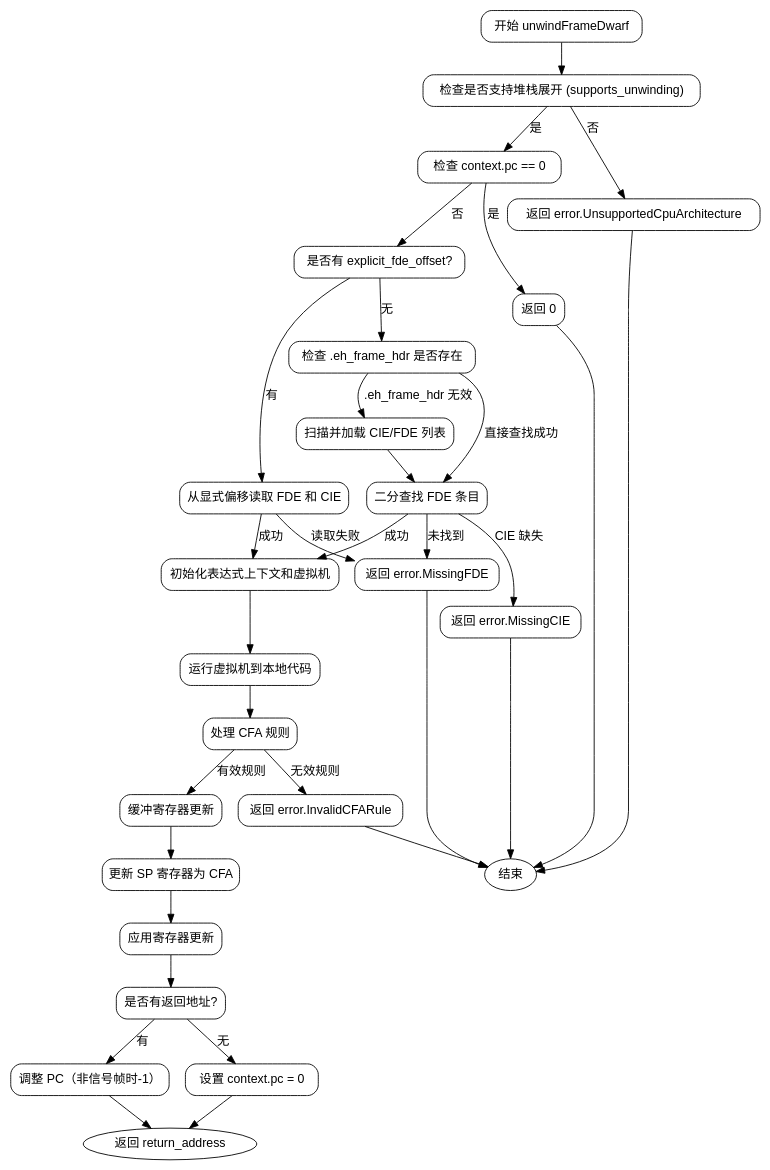
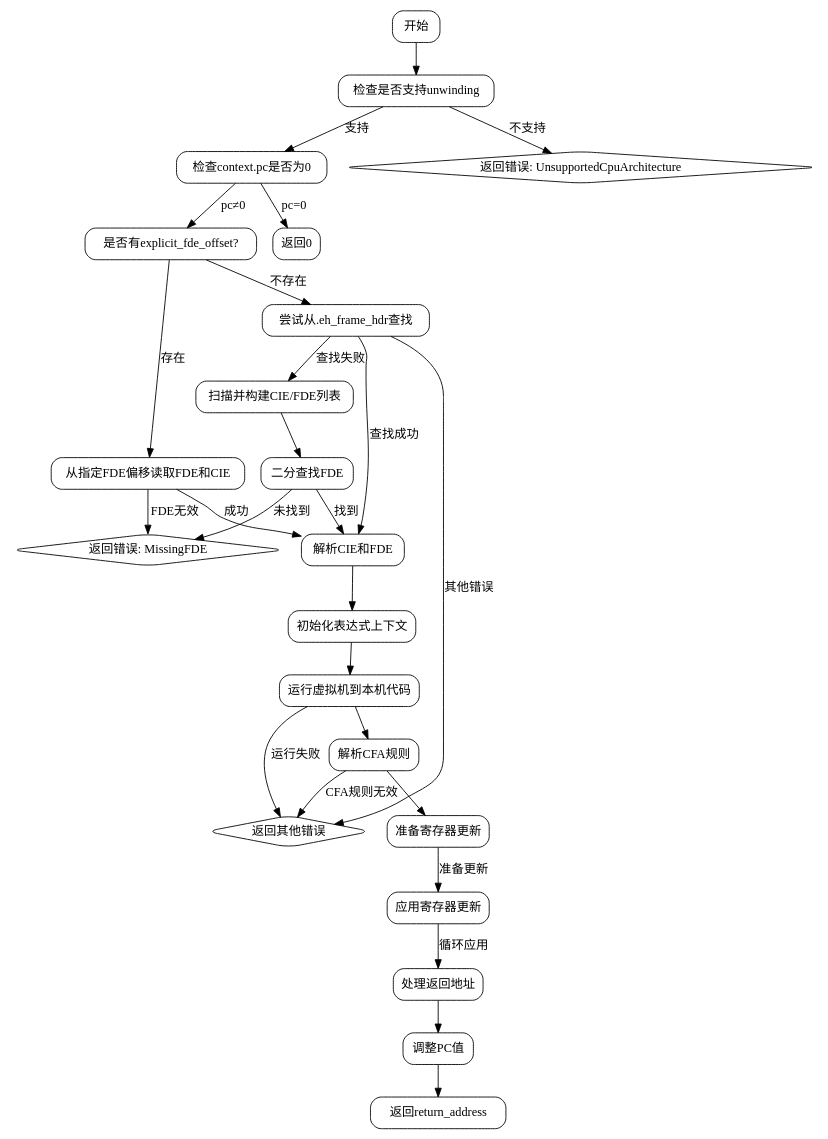
One commit to sdzx-1/deepseek-zig-reader changed the diagram in dot_std/debug/SelfInfo.zig.unwindFrameDwarf.md. Above: the diagram before and after it, drawn with Graphviz. The commit also changed other lines of this file and 236 other files, not shown here.

````diff
--- a/dot_std/debug/SelfInfo.zig.unwindFrameDwarf.md
+++ b/dot_std/debug/SelfInfo.zig.unwindFrameDwarf.md
@@ -27,75 +17,60 @@
 ```dot
-digraph flowchart {
-    node [shape=rectangle, style="rounded", fontname="Helvetica"];
-    edge [fontname="Helvetica"];
+digraph unwindFrameDwarf {
+    node [shape=rectangle, style=rounded];
 
-    start [label="开始 unwindFrameDwarf"];
-    supports_unwinding [label="检查是否支持堆栈展开 (supports_unwinding)"];
-    pc_zero [label="检查 context.pc == 0"];
-    explicit_fde_branch [label="是否有 explicit_fde_offset?"];
-    read_fde_cie_explicit [label="从显式偏移读取 FDE 和 CIE"];
-    eh_frame_hdr_check [label="检查 .eh_frame_hdr 是否存在"];
-    scan_cie_fde [label="扫描并加载 CIE/FDE 列表"];
-    binary_search_fde [label="二分查找 FDE 条目"];
-    init_context [label="初始化表达式上下文和虚拟机"];
-    run_vm [label="运行虚拟机到本地代码"];
-    handle_cfa_rule [label="处理 CFA 规则"];
-    update_registers [label="缓冲寄存器更新"];
-    update_sp [label="更新 SP 寄存器为 CFA"];
-    apply_updates [label="应用寄存器更新"];
-    check_return_address [label="是否有返回地址?"];
-    adjust_pc [label="调整 PC（非信号帧时-1）"];
-    return_result [label="返回 return_address"];
-    error_unsupported [label="返回 error.UnsupportedCpuArchitecture"];
-    return_zero [label="返回 0"];
-    error_missing_fde [label="返回 error.MissingFDE"];
-    error_cie [label="返回 error.MissingCIE"];
-    error_cfa_rule [label="返回 error.InvalidCFARule"];
+    start [label="开始"];
+    check_unwind [label="检查是否支持unwinding"];
+    check_pc [label="检查context.pc是否为0"];
+    explicit_fde [label="是否有explicit_fde_offset?"];
+    read_fde_cie [label="从指定FDE偏移读取FDE和CIE"];
+    eh_frame_hdr [label="尝试从.eh_frame_hdr查找"];
+    scan_cie_fde [label="扫描并构建CIE/FDE列表"];
+    binary_search [label="二分查找FDE"];
+    parse_cie_fde [label="解析CIE和FDE"];
+    setup_expr [label="初始化表达式上下文"];
+    run_vm [label="运行虚拟机到本机代码"];
+    resolve_cfa [label="解析CFA规则"];
+    update_registers [label="准备寄存器更新"];
+    copy_updates [label="应用寄存器更新"];
+    handle_return [label="处理返回地址"];
+    adjust_pc [label="调整PC值"];
+    return_ra [label="返回return_address"];
 
-    start -> supports_unwinding;
-    supports_unwinding -> error_unsupported [label="否"];
-    supports_unwinding -> pc_zero [label="是"];
-    pc_zero -> return_zero [label="是"];
-    pc_zero -> explicit_fde_branch [label="否"];
+    error_unsupported [label="返回错误: UnsupportedCpuArchitecture", shape=diamond];
+    error_missing_fde [label="返回错误: MissingFDE", shape=diamond];
+    error_other [label="返回其他错误", shape=diamond];
+    return_zero [label="返回0"];
 
-    explicit_fde_branch -> read_fde_cie_explicit [label="有"];
-    explicit_fde_branch -> eh_frame_hdr_check [label="无"];
-
-    read_fde_cie_explicit -> error_missing_fde [label="读取失败"];
-    read_fde_cie_explicit -> init_context [label="成功"];
-
-    eh_frame_hdr_check -> scan_cie_fde [label=".eh_frame_hdr 无效"];
-    eh_frame_hdr_check -> binary_search_fde [label="直接查找成功"];
-    scan_cie_fde -> binary_search_fde;
-    binary_search_fde -> error_missing_fde [label="未找到"];
-    binary_search_fde -> error_cie [label="CIE 缺失"];
-    binary_search_fde -> init_context [label="成功"];
-
-    init_context -> run_vm;
-    run_vm -> handle_cfa_rule;
-    handle_cfa_rule -> error_cfa_rule [label="无效规则"];
-    handle_cfa_rule -> update_registers [label="有效规则"];
-
-    update_registers -> update_sp;
-    update_sp -> apply_updates;
-    apply_updates -> check_return_address;
-
-    check_return_address -> adjust_pc [label="有"];
-    check_return_address -> set_pc_zero [label="无"];
-    set_pc_zero [label="设置 context.pc = 0"];
-    set_pc_zero -> return_result;
-
-    adjust_pc -> return_result;
-    return_result [shape=ellipse];
+    start -> check_unwind;
+    check_unwind -> error_unsupported [label="不支持"];
+    check_unwind -> check_pc [label="支持"];
+    check_pc -> return_zero [label="pc=0"];
+    check_pc -> explicit_fde [label="pc≠0"];
     
-    // 错误路径连接
-    error_unsupported -> end;
-    error_missing_fde -> end;
-    error_cie -> end;
-    error_cfa_rule -> end;
-    return_zero -> end;
-
-    // 隐藏的结束节点
-    end [shape=ellipse, label="结束"];
+    explicit_fde -> read_fde_cie [label="存在"];
+    explicit_fde -> eh_frame_hdr [label="不存在"];
+    
+    read_fde_cie -> error_missing_fde [label="FDE无效"];
+    read_fde_cie -> parse_cie_fde [label="成功"];
+    
+    eh_frame_hdr -> scan_cie_fde [label="查找失败"];
+    eh_frame_hdr -> parse_cie_fde [label="查找成功"];
+    eh_frame_hdr -> error_other [label="其他错误"];
+    
+    scan_cie_fde -> binary_search;
+    binary_search -> error_missing_fde [label="未找到"];
+    binary_search -> parse_cie_fde [label="找到"];
+    
+    parse_cie_fde -> setup_expr;
+    setup_expr -> run_vm;
+    run_vm -> resolve_cfa;
+    resolve_cfa -> update_registers;
+    update_registers -> copy_updates [label="准备更新"];
+    copy_updates -> handle_return [label="循环应用"];
+    handle_return -> adjust_pc;
+    adjust_pc -> return_ra;
+    
+    resolve_cfa -> error_other [label="CFA规则无效"];
+    run_vm -> error_other [label="运行失败"];
 }
 ```
````
